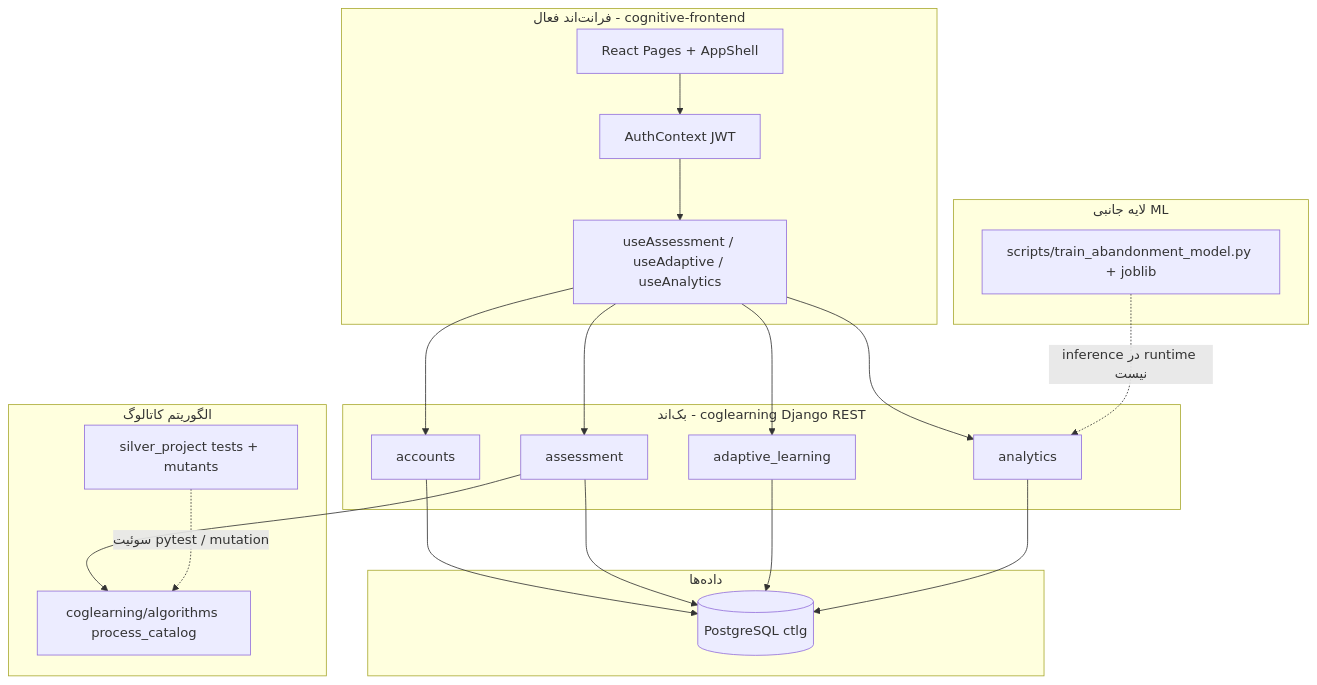
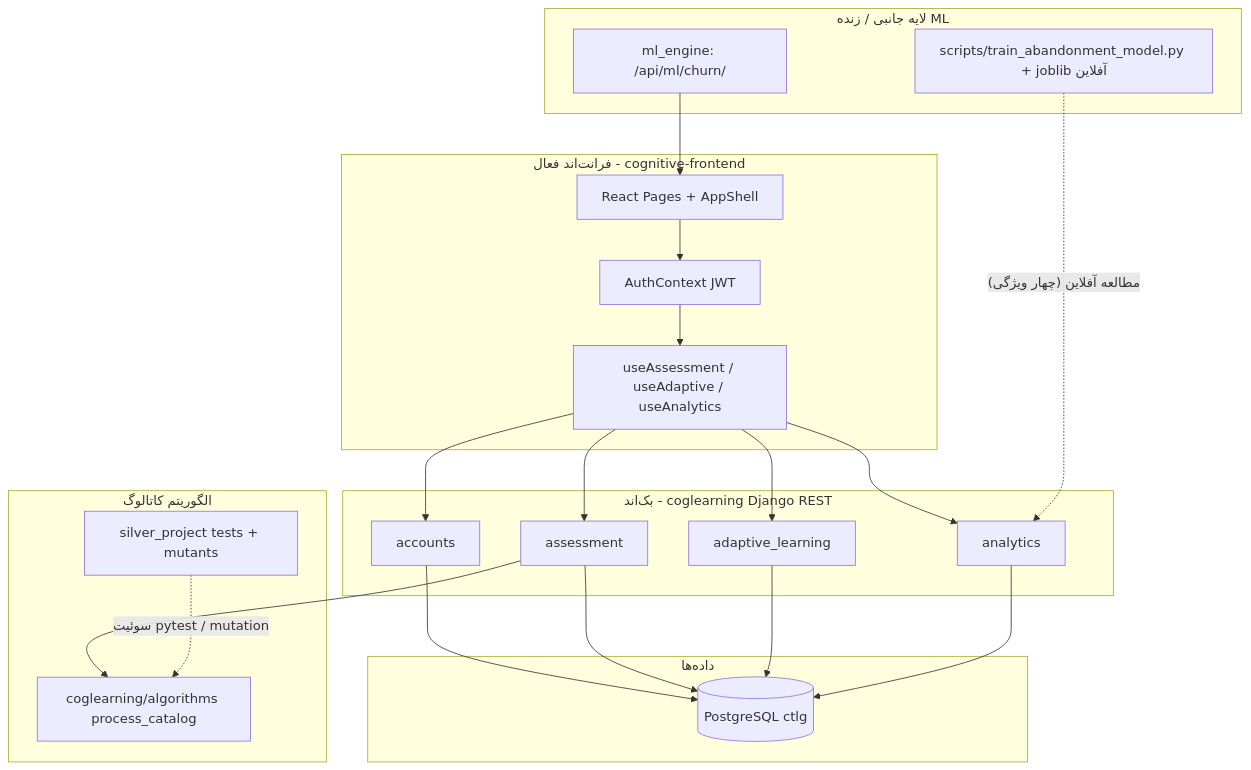
The first of 13 diagrams in docs/thesis/03_CHAPTER3_FA.md (rozhrafiee/ctlg), drawn with Mermaid before and after one commit. The commit also changed other lines of this file and 10 other files, not shown here.

Commit message:
Align thesis docs with live ml_engine and dual churn tracks.

````diff
--- a/docs/thesis/03_CHAPTER3_FA.md
+++ b/docs/thesis/03_CHAPTER3_FA.md
@@ -57,34 +57,36 @@
 ```mermaid
 flowchart TB
   subgraph Client["فرانت‌اند فعال - cognitive-frontend"]
     UI[React Pages + AppShell]
     AuthCtx[AuthContext JWT]
     Hooks[useAssessment / useAdaptive / useAnalytics]
   end
 
   subgraph API["بک‌اند - coglearning Django REST"]
     Acc[accounts]
     Asmt[assessment]
     Adp[adaptive_learning]
     Anl[analytics]
   end
 
   subgraph Data["داده‌ها"]
     PG[(PostgreSQL ctlg)]
   end
 
   subgraph Algos["الگوریتم کاتالوگ"]
     ALG[coglearning/algorithms process_catalog]
     SIL[silver_project tests + mutants]
   end
 
-  subgraph Side["لایه جانبی ML"]
-    ML[scripts/train_abandonment_model.py + joblib]
+  subgraph Side["لایه جانبی / زنده ML"]
+    ML[scripts/train_abandonment_model.py + joblib آفلاین]
+    MLE[ml_engine: /api/ml/churn/]
   end
 
   UI --> AuthCtx --> Hooks --> Acc & Asmt & Adp & Anl
   Acc & Asmt & Adp & Anl --> PG
   Asmt --> ALG
   SIL -. "سوئیت pytest / mutation" .-> ALG
-  ML -. "inference در runtime نیست" .-> Anl
+  ML -. "مطالعه آفلاین (چهار ویژگی)" .-> Anl
+  MLE --> UI
 ```
````
